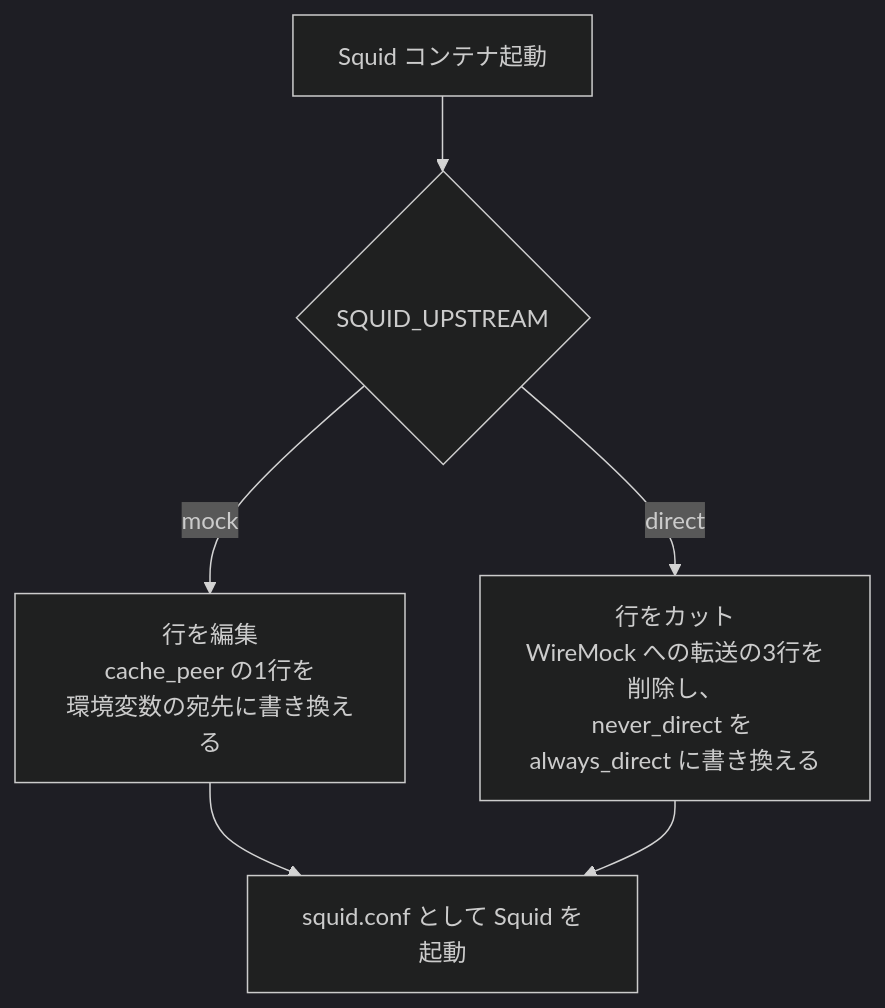
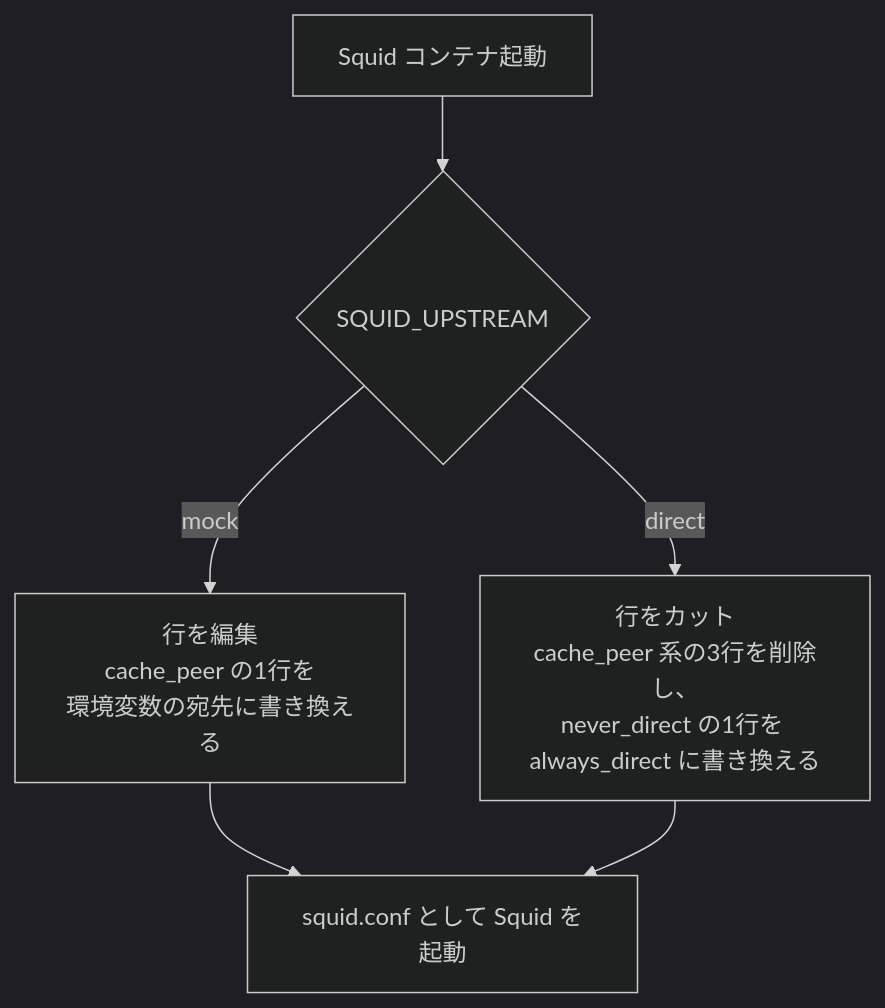
The fourth of 7 diagrams in docs/解説記事.md (satoshi256kbyte/squid-wiremock-sidecar), drawn with Mermaid (dark theme) before and after one commit. The commit also changed other lines of this file, not shown here.

````diff
--- a/docs/解説記事.md
+++ b/docs/解説記事.md
@@ -515,8 +517,8 @@
 ```mermaid
 flowchart TD
   S["Squid コンテナ起動"] --> Q{"SQUID_UPSTREAM"}
   Q -->|"mock"| M["行を編集<br/>cache_peer の1行を<br/>環境変数の宛先に書き換える"]
-  Q -->|"direct"| R["行をカット<br/>WireMock への転送の3行を削除し、<br/>never_direct を always_direct に書き換える"]
+  Q -->|"direct"| R["行をカット<br/>cache_peer 系の3行を削除し、<br/>never_direct の1行を always_direct に書き換える"]
   M --> W["squid.conf として Squid を起動"]
   R --> W
 ```
````
